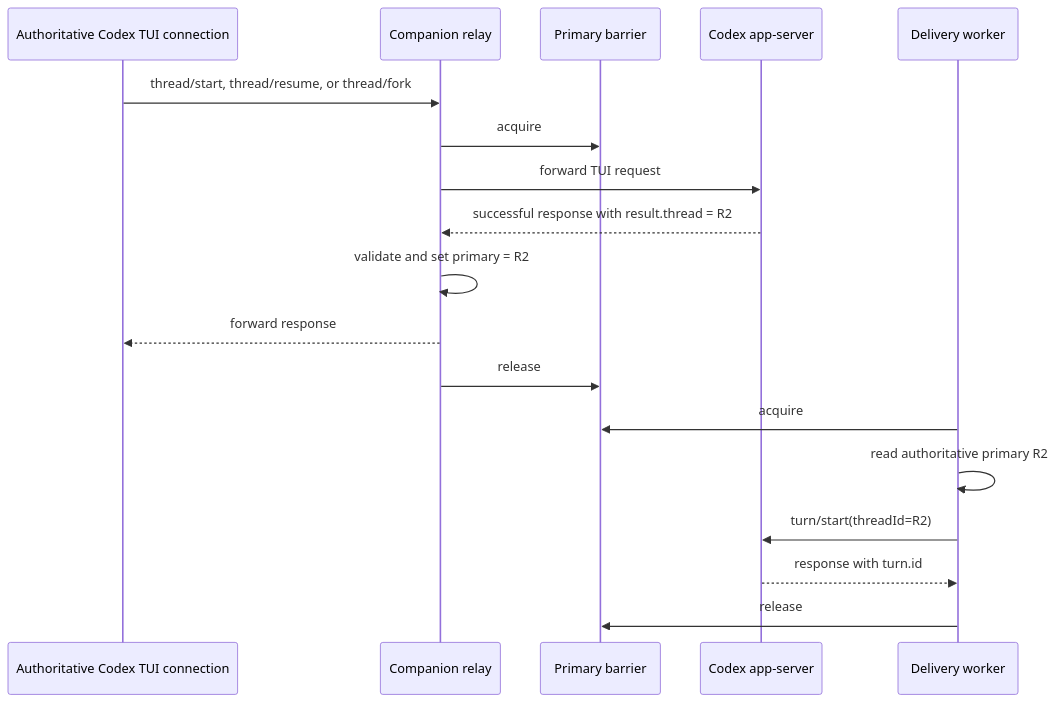
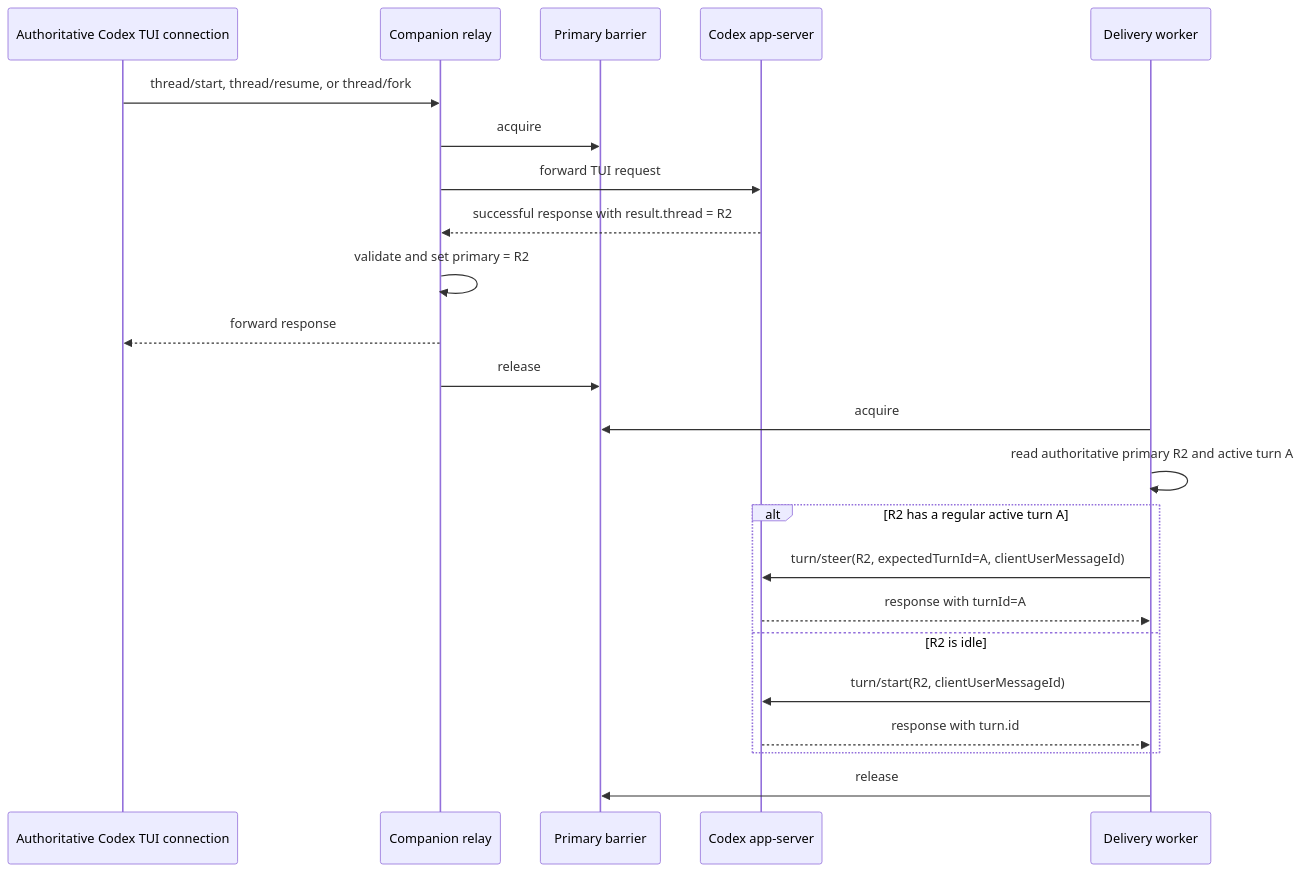
The second of 3 diagrams in public/scripts/UCLUSION_CODEX_BRIDGE.md (Uclusion/uclusion_web_ui), drawn with Mermaid before and after one commit. The commit also changed other lines of this file and 6 other files, not shown here.

````diff
--- a/public/scripts/UCLUSION_CODEX_BRIDGE.md
+++ b/public/scripts/UCLUSION_CODEX_BRIDGE.md
@@ -153,22 +153,27 @@
 ```mermaid
 sequenceDiagram
     participant T as Authoritative Codex TUI connection
     participant C as Companion relay
     participant G as Primary barrier
     participant A as Codex app-server
     participant D as Delivery worker
 
     T->>C: thread/start, thread/resume, or thread/fork
     C->>G: acquire
     C->>A: forward TUI request
     A-->>C: successful response with result.thread = R2
     C->>C: validate and set primary = R2
     C-->>T: forward response
     C->>G: release
 
     D->>G: acquire
-    D->>D: read authoritative primary R2
-    D->>A: turn/start(threadId=R2)
-    A-->>D: response with turn.id
+    D->>D: read authoritative primary R2 and active turn A
+    alt R2 has a regular active turn A
+        D->>A: turn/steer(R2, expectedTurnId=A, clientUserMessageId)
+        A-->>D: response with turnId=A
+    else R2 is idle
+        D->>A: turn/start(R2, clientUserMessageId)
+        A-->>D: response with turn.id
+    end
     D->>G: release
 ```
````
